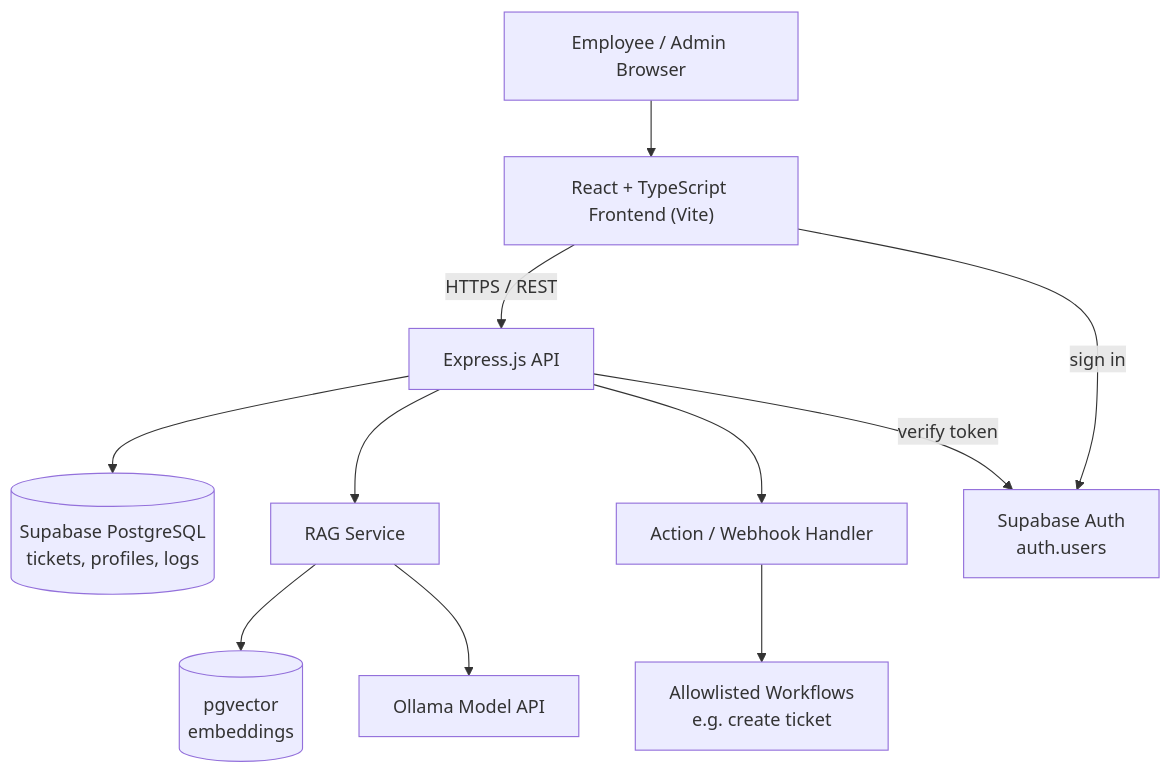
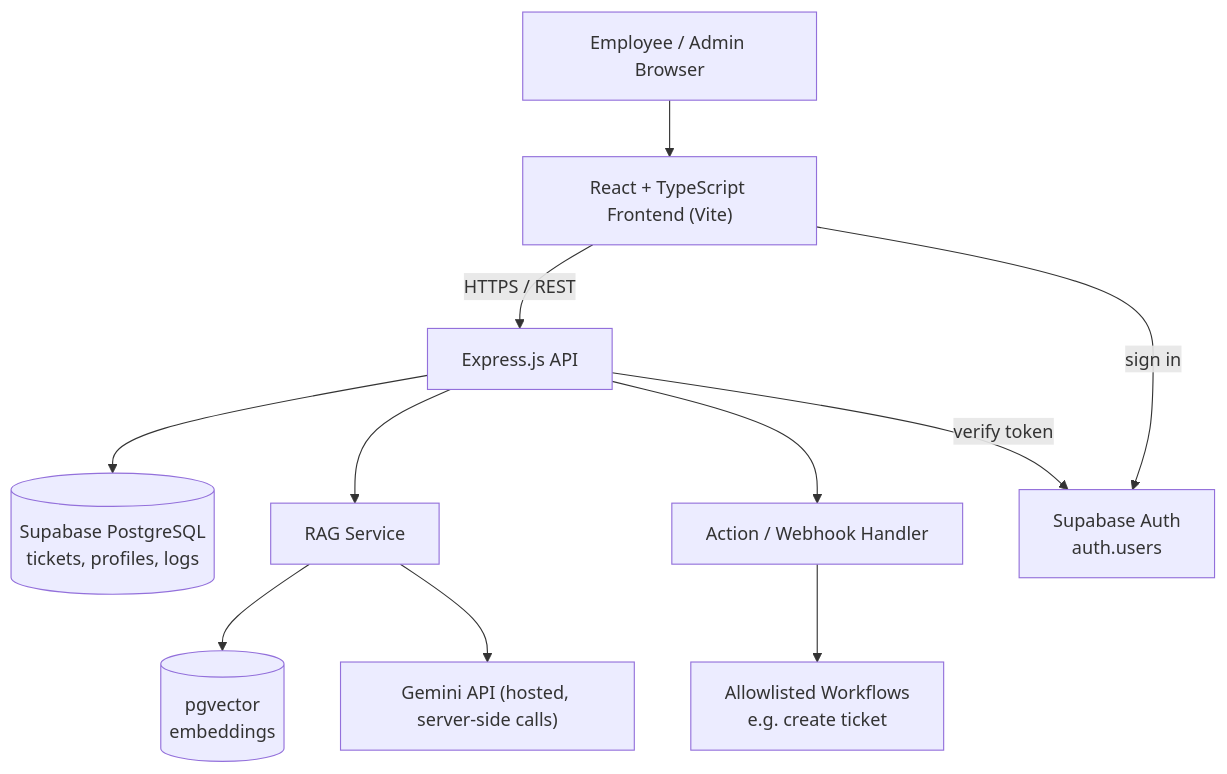
Before and after one commit to dlsud-submissions/elective-helpdesk-automation-system: the first of 2 diagrams in docs/06-system-architecture.md, drawn with Mermaid. The commit also changed other lines of this file and 10 other files, not shown here.

Commit message:
docs: replace Ollama guidance with Gemini API

````diff
--- a/docs/06-system-architecture.md
+++ b/docs/06-system-architecture.md
@@ -5,24 +5,24 @@
 ```mermaid
 flowchart TD
     Browser["Employee / Admin Browser"]
     FE["React + TypeScript Frontend (Vite)"]
     API["Express.js API"]
     DB[("Supabase PostgreSQL<br/>tickets, profiles, logs")]
     RAG["RAG Service"]
     VEC[("pgvector<br/>embeddings")]
     ACT["Action / Webhook Handler"]
     WF["Allowlisted Workflows<br/>e.g. create ticket"]
-    LLM["Ollama Model API"]
+    LLM["Gemini API (hosted, server-side calls)"]
     AUTH["Supabase Auth<br/>auth.users"]
 
     Browser --> FE
     FE -->|"sign in"| AUTH
     FE -->|"HTTPS / REST"| API
     API --> DB
     API -->|"verify token"| AUTH
     API --> RAG
     API --> ACT
     RAG --> VEC
     RAG --> LLM
     ACT --> WF
 ```
````
